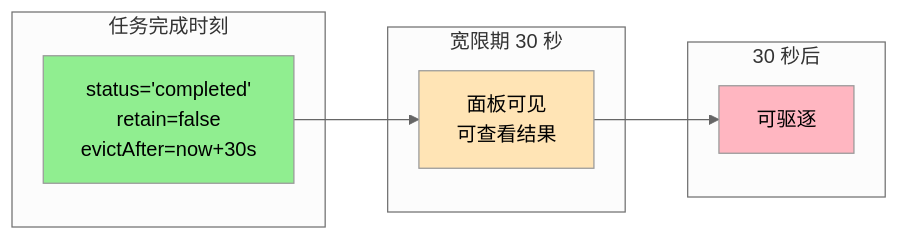
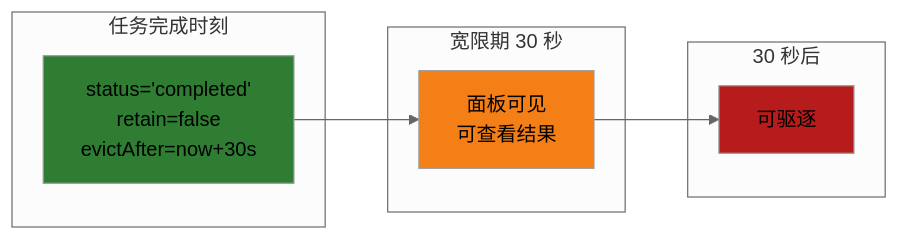
One commit to platootalp/harness-code changed the fifth of 16 diagrams in harness/docs/deep/TASK-SYSTEM.md. Above: the diagram before and after it, drawn with Mermaid (neutral theme). The commit also changed other lines of this file and 10 other files, not shown here.

````diff
--- a/harness/docs/deep/TASK-SYSTEM.md
+++ b/harness/docs/deep/TASK-SYSTEM.md
@@ -279,20 +279,20 @@
 ```mermaid
 flowchart LR
     subgraph 任务完成时刻
         C["status='completed'<br/>retain=false<br/>evictAfter=now+30s"]
     end
 
     subgraph zero_to_thirty_sec["宽限期 30 秒"]
         V1["面板可见<br/>可查看结果"]
     end
 
     subgraph after_thirty_sec["30 秒后"]
         V2["可驱逐"]
     end
 
     C --> V1 --> V2
 
-    style C fill:#90EE90
-    style V1 fill:#FFE4B5
-    style V2 fill:#FFB6C1
+    style C fill:#2e7d32
+    style V1 fill:#f57f17
+    style V2 fill:#b71c1c
 ```
````
